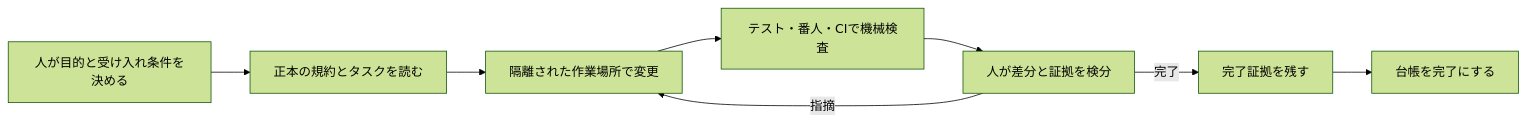
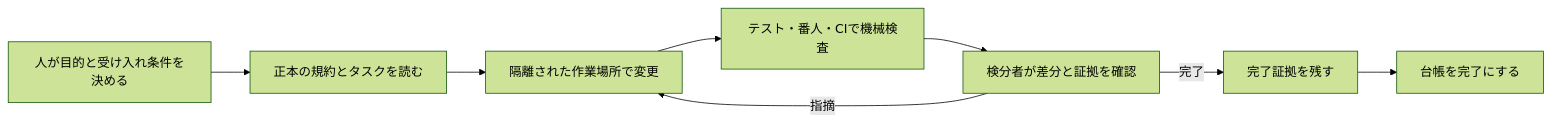
One commit to kenta-0420/mannschaft changed the first of 4 diagrams in docs/articles/qiita-harness-engineering-retrospective.md. Above: the diagram before and after it, drawn with Mermaid (forest theme). The commit also changed other lines of this file, not shown here.

````diff
--- a/docs/articles/qiita-harness-engineering-retrospective.md
+++ b/docs/articles/qiita-harness-engineering-retrospective.md
@@ -13,10 +13,10 @@
 ```mermaid
 flowchart LR
   H[人が目的と受け入れ条件を決める] --> C[正本の規約とタスクを読む]
   C --> W[隔離された作業場所で変更]
   W --> G[テスト・番人・CIで機械検査]
-  G --> R[人が差分と証拠を検分]
+  G --> R[検分者が差分と証拠を確認]
   R -->|指摘| W
   R -->|完了| E[完了証拠を残す]
   E --> M[台帳を完了にする]
 ```
````
